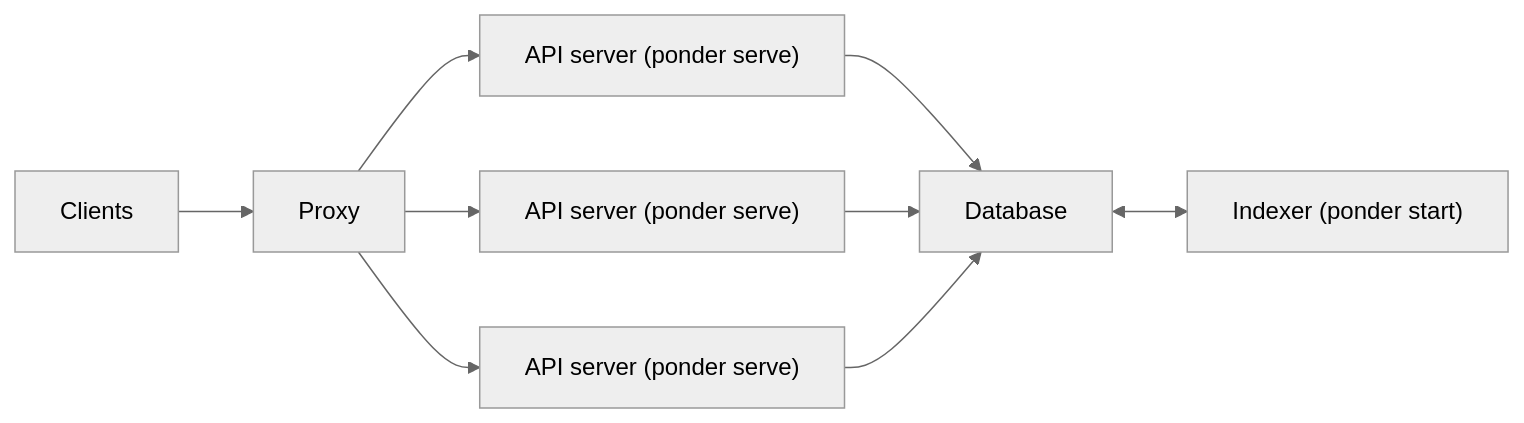
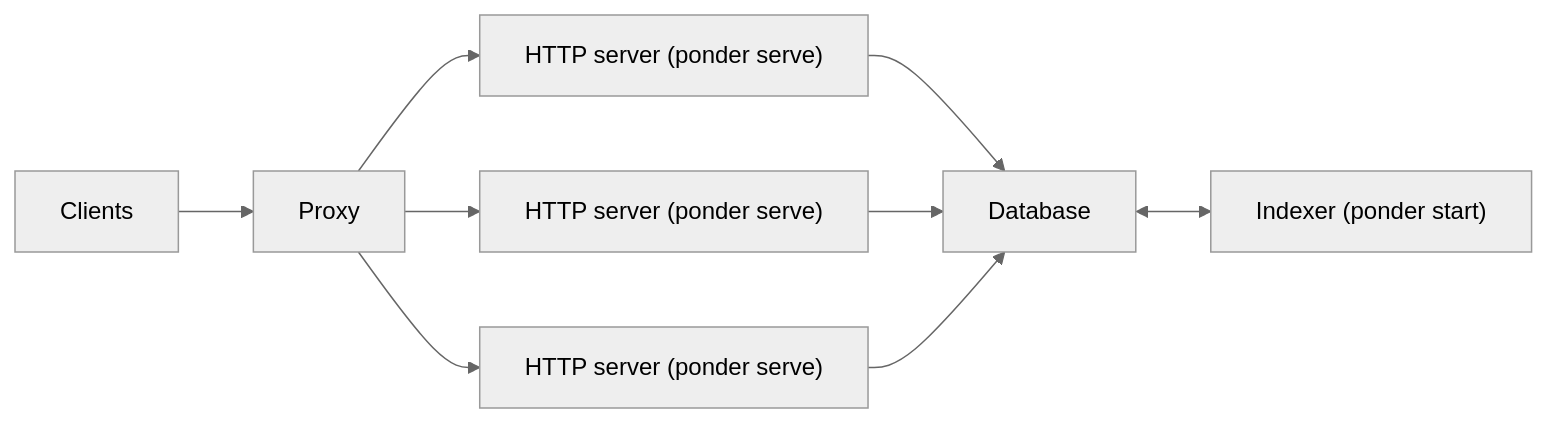
One commit to ponder-sh/ponder changed the diagram in docs/pages/docs/production/horizontal-scaling.mdx. Above: the diagram before and after it, drawn with Mermaid (neutral theme). The commit also changed other lines of this file, not shown here.

Commit message:
serve docs

````diff
--- a/docs/pages/docs/production/horizontal-scaling.mdx
+++ b/docs/pages/docs/production/horizontal-scaling.mdx
@@ -17,18 +17,18 @@
 ```mermaid
 graph LR
   A[Clients]
   B[Proxy]
-  C["API server (ponder serve)"]
-  D["API server (ponder serve)"]
-  E["API server (ponder serve)"]
+  C["HTTP server (ponder serve)"]
+  D["HTTP server (ponder serve)"]
+  E["HTTP server (ponder serve)"]
   F["Database"]
   G["Indexer (ponder start)"]
   A --> B
   B --> C
   B --> D
   B --> E
   C --> F
   D --> F
   E --> F
   F <--> G
 ```
````
